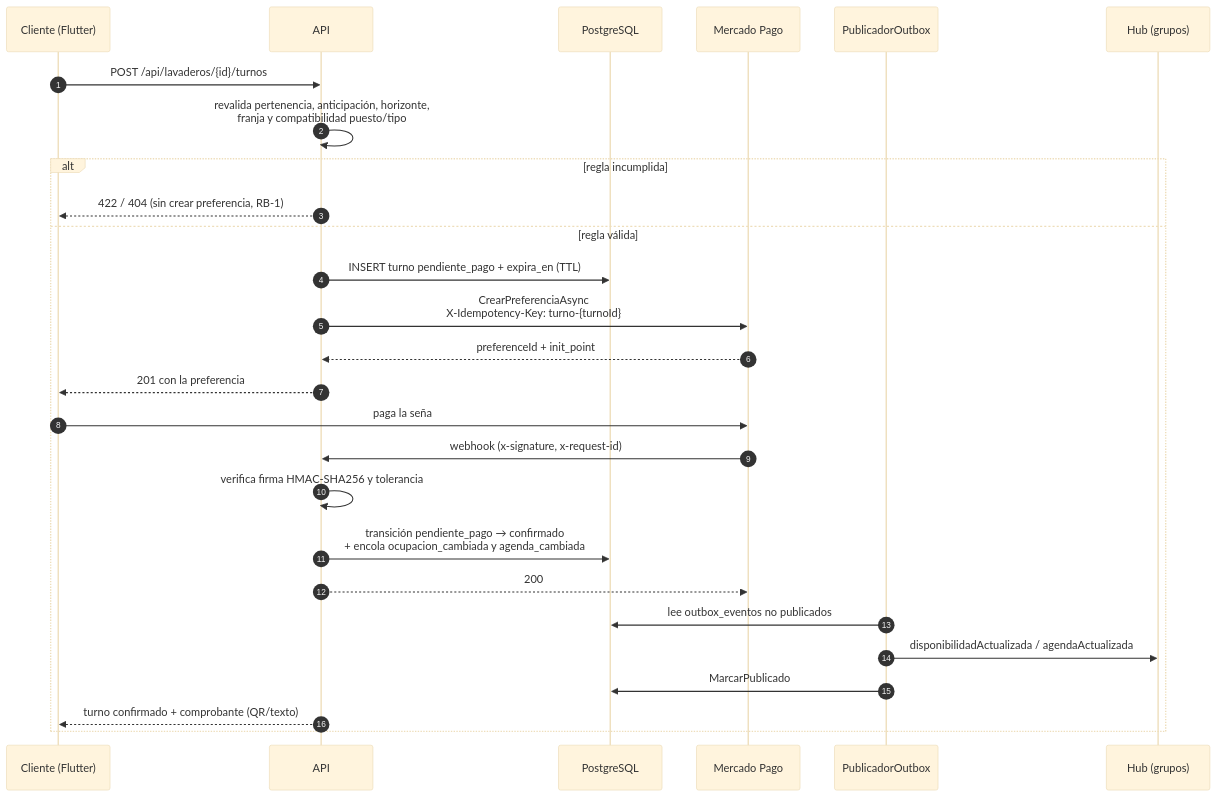
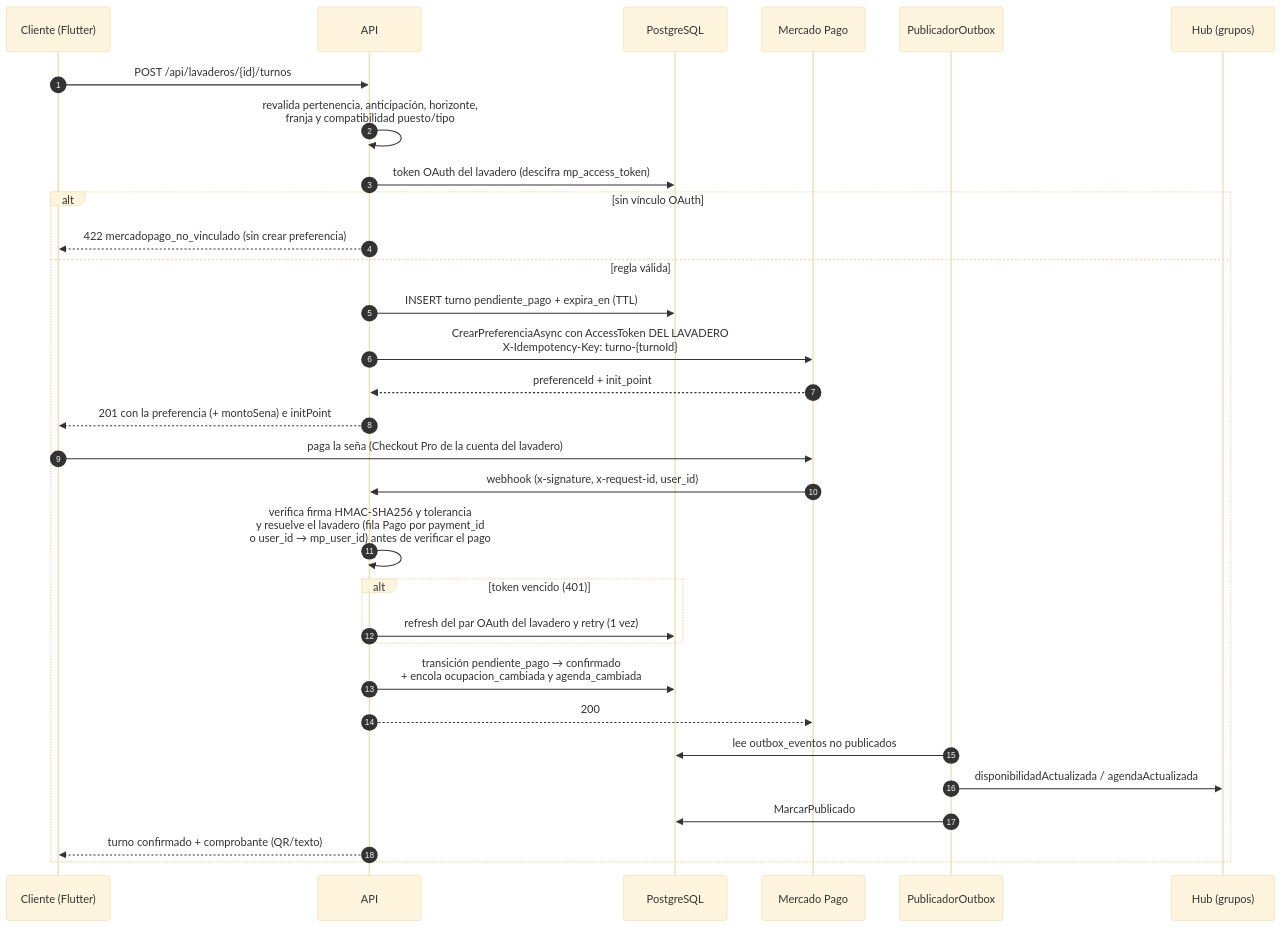
Before and after one commit to Gnz-7/Wash-Points: the third of 8 diagrams in DOCS/DIAGRAMAS.md, drawn with Mermaid (base theme). The commit also changed other lines of this file and 105 other files, not shown here.

Commit message:
feat(slice-20): despliegue autonomo docker, mp oauth por lavadero, suscripcion mock y escaner qr

````diff
--- a/DOCS/DIAGRAMAS.md
+++ b/DOCS/DIAGRAMAS.md
@@ -104,30 +104,34 @@
 ```mermaid
 sequenceDiagram
     autonumber
     participant C as Cliente (Flutter)
     participant A as API
     participant D as PostgreSQL
     participant M as Mercado Pago
     participant W as PublicadorOutbox
     participant H as Hub (grupos)
 
     C->>A: POST /api/lavaderos/{id}/turnos
     A->>A: revalida pertenencia, anticipación, horizonte,<br/>franja y compatibilidad puesto/tipo
-    alt regla incumplida
-        A-->>C: 422 / 404 (sin crear preferencia, RB-1)
+    A->>D: token OAuth del lavadero (descifra mp_access_token)
+    alt sin vínculo OAuth
+        A-->>C: 422 mercadopago_no_vinculado (sin crear preferencia)
     else regla válida
         A->>D: INSERT turno pendiente_pago + expira_en (TTL)
-        A->>M: CrearPreferenciaAsync<br/>X-Idempotency-Key: turno-{turnoId}
+        A->>M: CrearPreferenciaAsync con AccessToken DEL LAVADERO<br/>X-Idempotency-Key: turno-{turnoId}
         M-->>A: preferenceId + init_point
-        A-->>C: 201 con la preferencia
-        C->>M: paga la seña
-        M->>A: webhook (x-signature, x-request-id)
-        A->>A: verifica firma HMAC-SHA256 y tolerancia
+        A-->>C: 201 con la preferencia (+ montoSena) e initPoint
+        C->>M: paga la seña (Checkout Pro de la cuenta del lavadero)
+        M->>A: webhook (x-signature, x-request-id, user_id)
+        A->>A: verifica firma HMAC-SHA256 y tolerancia<br/>y resuelve el lavadero (fila Pago por payment_id<br/>o user_id → mp_user_id) antes de verificar el pago
+        alt token vencido (401)
+            A->>D: refresh del par OAuth del lavadero y retry (1 vez)
+        end
         A->>D: transición pendiente_pago → confirmado<br/>+ encola ocupacion_cambiada y agenda_cambiada
         A-->>M: 200
         W->>D: lee outbox_eventos no publicados
         W->>H: disponibilidadActualizada / agendaActualizada
         W->>D: MarcarPublicado
         A-->>C: turno confirmado + comprobante (QR/texto)
     end
 ```
````
